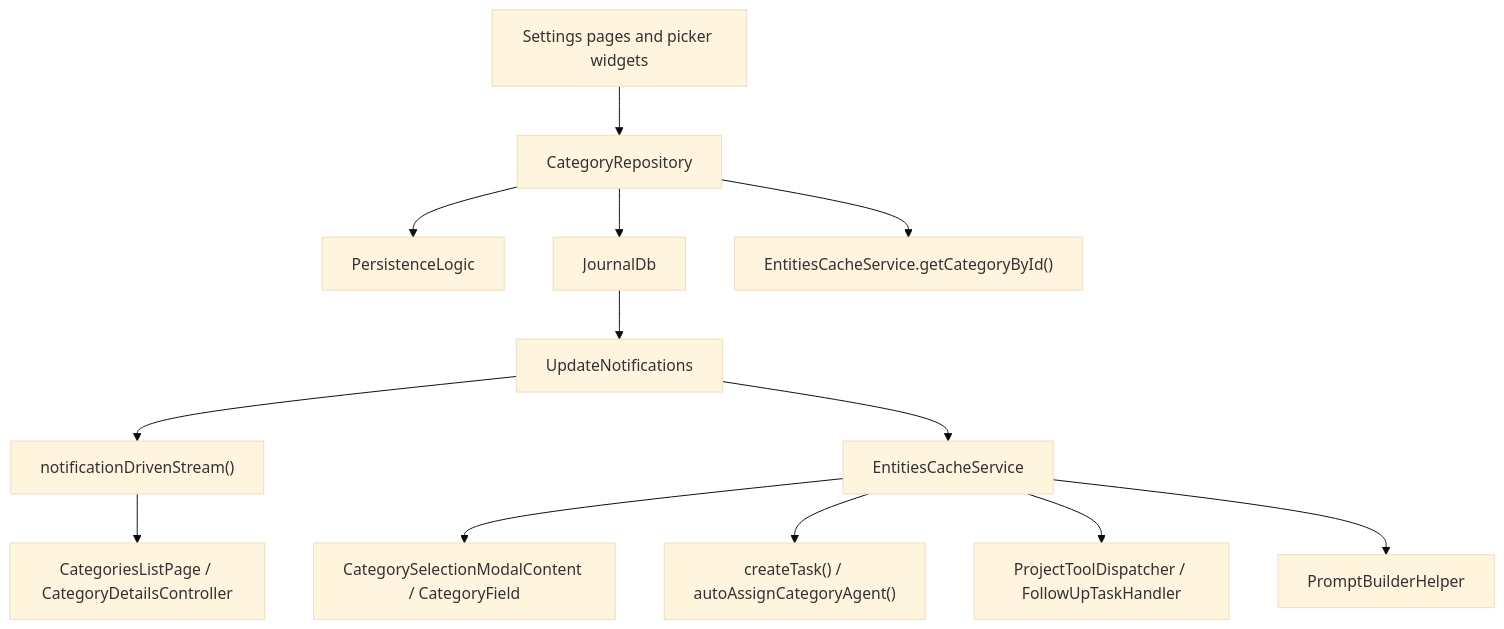
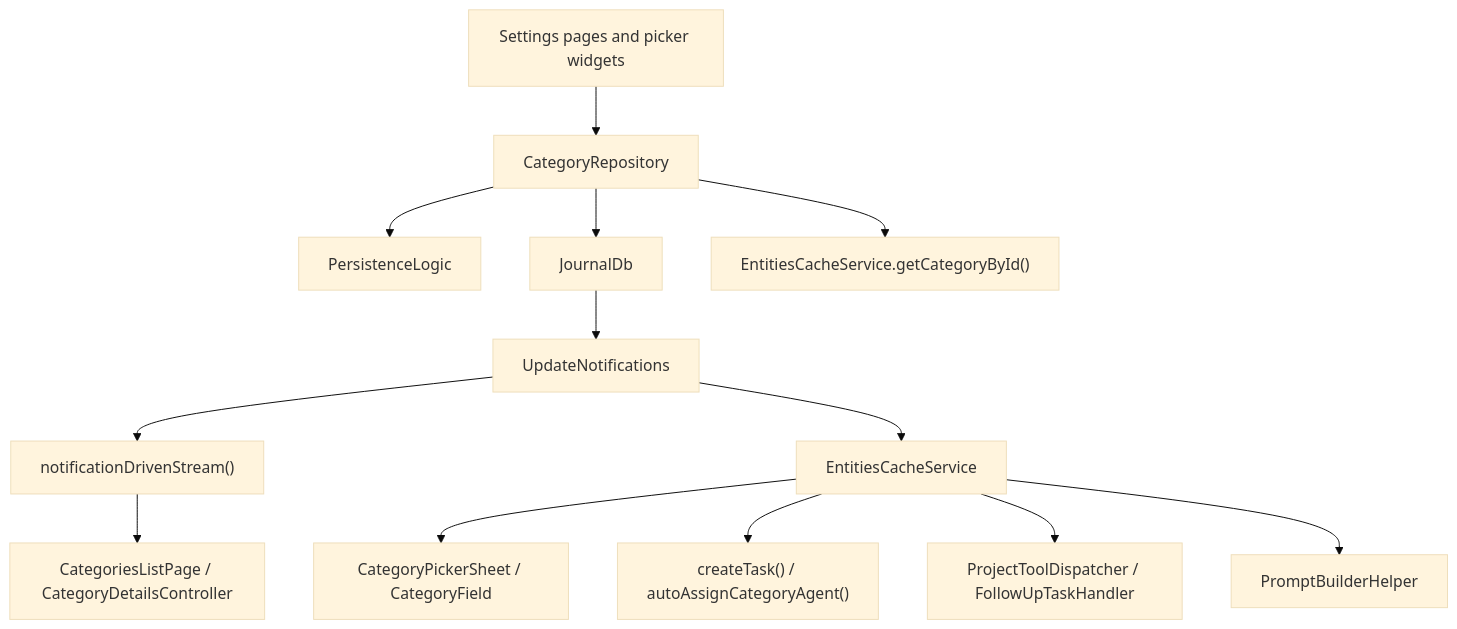
Before and after one commit to matthiasn/lotti: the first of 4 diagrams in lib/features/categories/README.md, drawn with Mermaid (base theme). The commit also changed other lines of this file and 14 other files, not shown here.

First line of the commit message:
refactor: migrate remaining multi-pickers onto CategoryPickerSheet, delete old widgets

````diff
--- a/lib/features/categories/README.md
+++ b/lib/features/categories/README.md
@@ -27,17 +27,17 @@
 ```mermaid
 flowchart TD
   UI["Settings pages and picker widgets"] --> Repo["CategoryRepository"]
   Repo --> Persist["PersistenceLogic"]
   Repo --> DB["JournalDb"]
   Repo --> CacheRead["EntitiesCacheService.getCategoryById()"]
 
   Notify["UpdateNotifications"] --> RepoStreams["notificationDrivenStream()"]
   Notify --> Cache["EntitiesCacheService"]
   DB --> Notify
 
   RepoStreams --> List["CategoriesListPage / CategoryDetailsController"]
-  Cache --> Pickers["CategorySelectionModalContent / CategoryField"]
+  Cache --> Pickers["CategoryPickerSheet / CategoryField"]
   Cache --> Create["createTask() / autoAssignCategoryAgent()"]
   Cache --> ProjectTools["ProjectToolDispatcher / FollowUpTaskHandler"]
   Cache --> Prompts["PromptBuilderHelper"]
 ```
````
